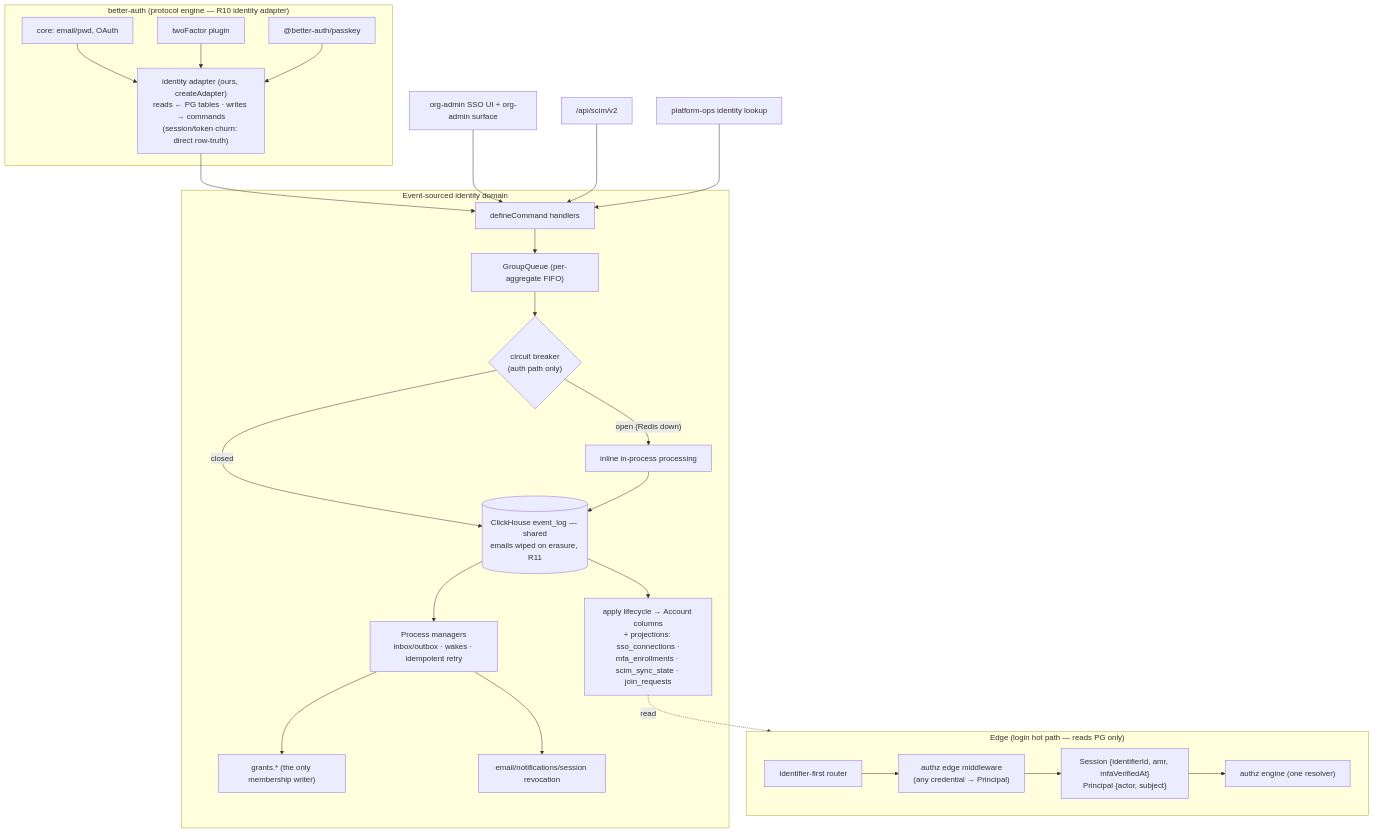
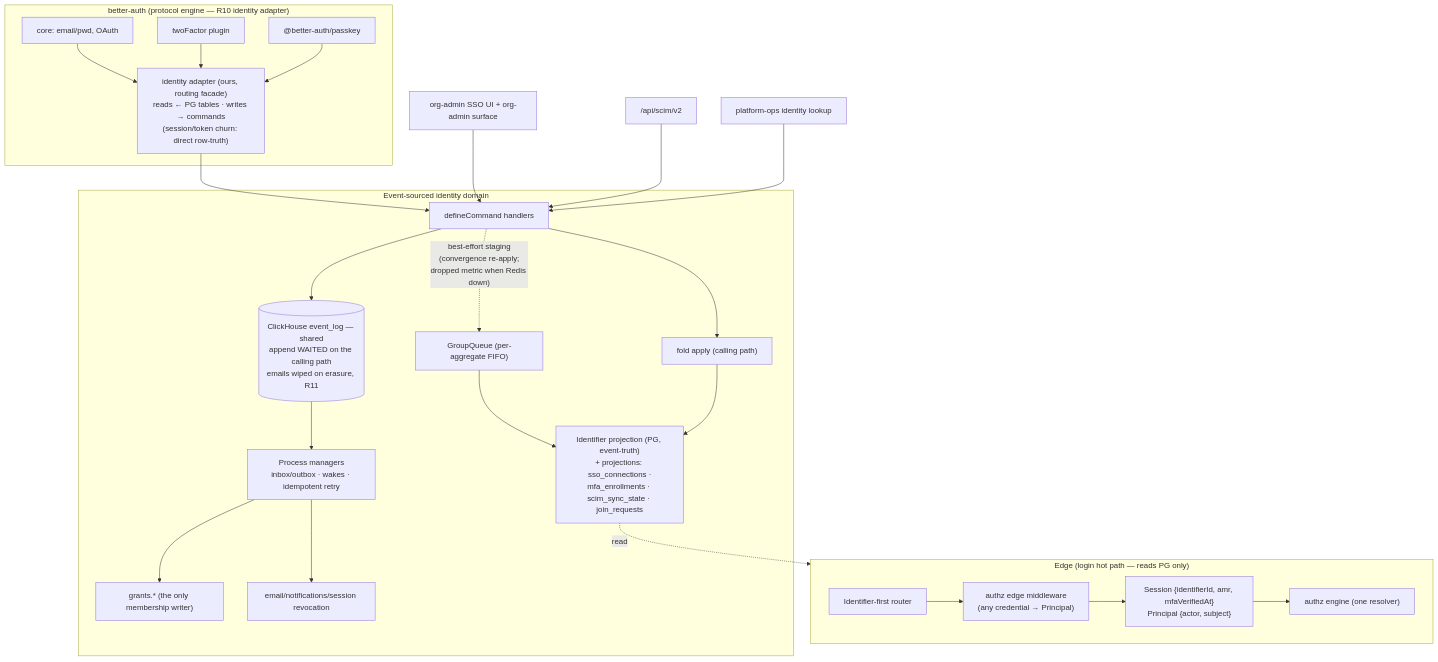
The second of 3 diagrams in dev/docs/identity-platform-redesign.md (langwatch/langwatch), drawn with Mermaid before and after one commit. The commit also changed other lines of this file and 4 other files, not shown here.

Commit message:
docs(identity): re-base the program docs on ADR-110 - precondition landed, finalized is the switch, enrollment is a switch, calling-path apply recorded as the one divergence

````diff
--- a/dev/docs/identity-platform-redesign.md
+++ b/dev/docs/identity-platform-redesign.md
@@ -214,36 +214,35 @@
 ```mermaid
 flowchart TB
     subgraph Edge["Edge (login hot path — reads PG only)"]
         R[Identifier-first router] --> MW["authz edge middleware<br/>(any credential → Principal)"]
         MW --> SE["Session {identifierId, amr, mfaVerifiedAt}<br/>Principal {actor, subject}"]
         SE --> EN["authz engine (one resolver)"]
     end
 
     subgraph BA["better-auth (protocol engine — R10 identity adapter)"]
         CORE[core: email/pwd, OAuth]
         TF[twoFactor plugin]
         PK["@better-auth/passkey"]
-        IE["identity adapter (ours, createAdapter)<br/>reads ← PG tables · writes → commands<br/>(session/token churn: direct row-truth)"]
+        IE["identity adapter (ours, routing facade)<br/>reads ← PG tables · writes → commands<br/>(session/token churn: direct row-truth)"]
         CORE --> IE
         TF --> IE
         PK --> IE
     end
 
     subgraph ES["Event-sourced identity domain"]
-        CMD[defineCommand handlers] --> GQ["GroupQueue (per-aggregate FIFO)"]
-        GQ --> CB{"circuit breaker<br/>(auth path only)"}
-        CB -->|closed| CH[("ClickHouse event_log — shared<br/>emails wiped on erasure, R11")]
-        CB -->|"open (Redis down)"| INLINE[inline in-process processing]
-        INLINE --> CH
-        CH --> PRJ["apply lifecycle → Account columns<br/>+ projections: sso_connections ·<br/>mfa_enrollments · scim_sync_state · join_requests"]
+        CMD[defineCommand handlers] --> CH[("ClickHouse event_log — shared<br/>append WAITED on the calling path<br/>emails wiped on erasure, R11")]
+        CMD --> APPLY["fold apply (calling path)"]
+        CMD -.->|"best-effort staging<br/>(convergence re-apply;<br/>dropped metric when Redis down)"| GQ["GroupQueue (per-aggregate FIFO)"]
+        GQ --> PRJ
+        APPLY --> PRJ["Identifier projection (PG, event-truth)<br/>+ projections: sso_connections ·<br/>mfa_enrollments · scim_sync_state · join_requests"]
         CH --> PM["Process managers<br/>inbox/outbox · wakes · idempotent retry"]
         PM --> GR["grants.* (the only membership writer)"]
         PM --> EXT[email/notifications/session revocation]
     end
 
     IE --> CMD
     UI[org-admin SSO UI + org-admin surface] --> CMD
     SCIM["/api/scim/v2"] --> CMD
     OPS[platform-ops identity lookup] --> CMD
     PRJ -.->|read| Edge
 ```
````
